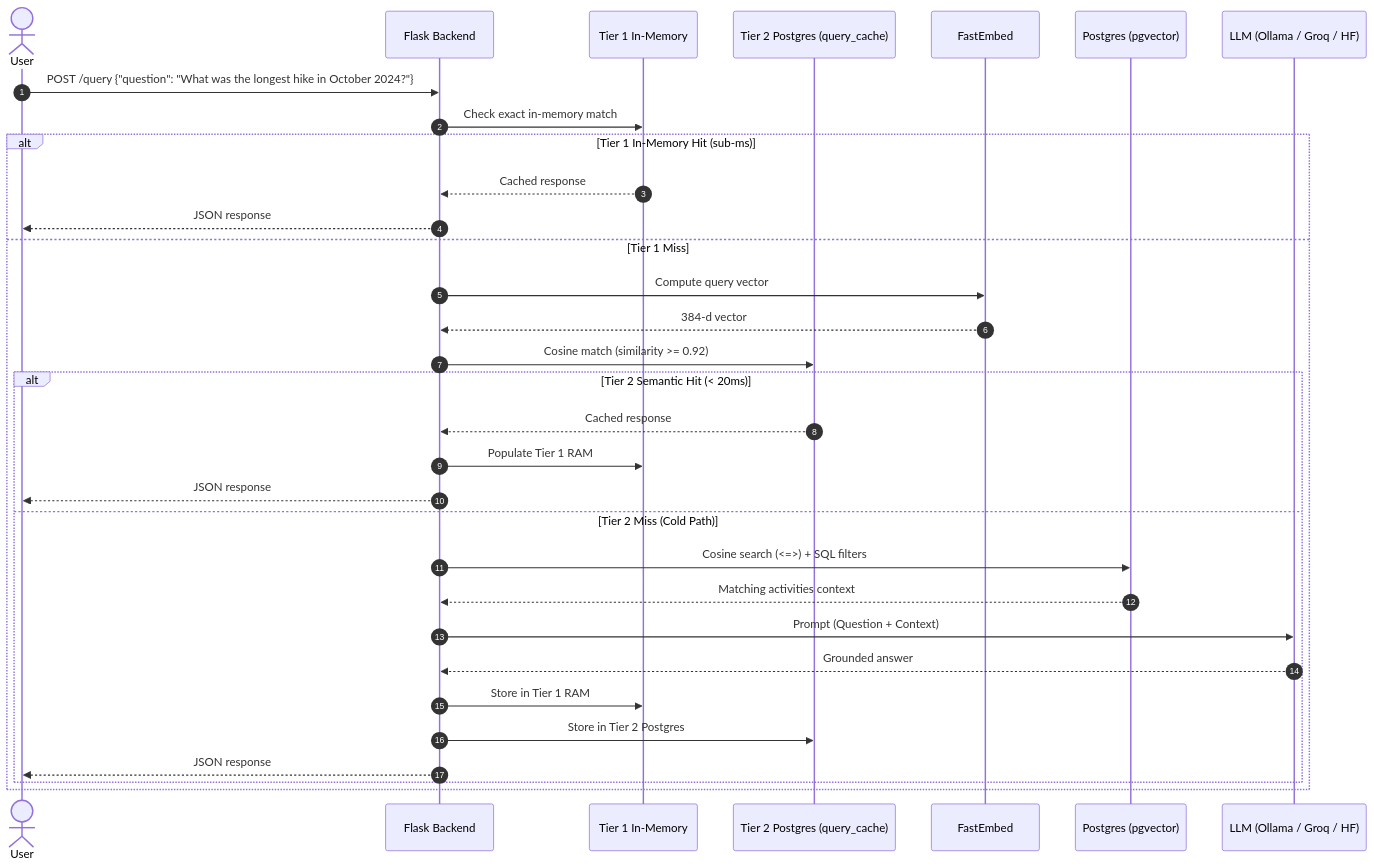
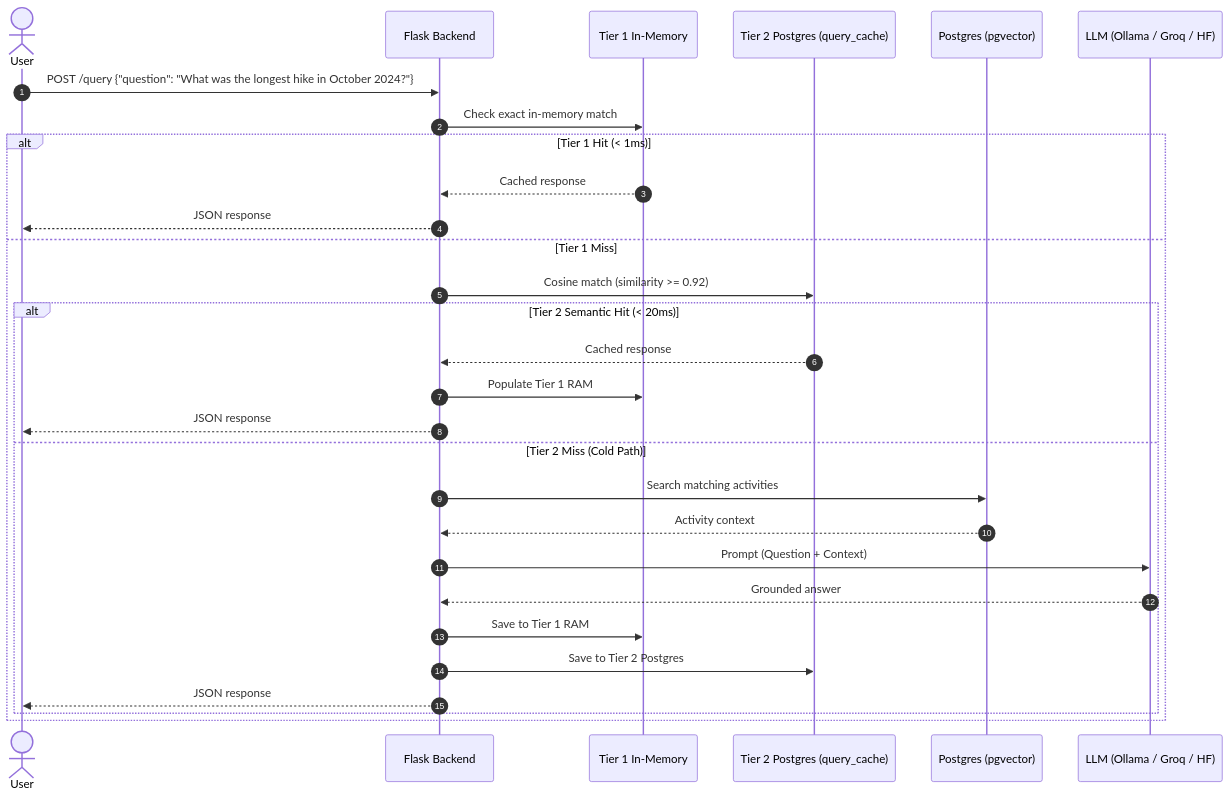
One commit to pugmarx/strava-insights-rag changed the second of 4 diagrams in readme.md. Above: the diagram before and after it, drawn with Mermaid. The commit also changed other lines of this file and 1 other file, not shown here.

Commit message:
docs: simplify and declutter architecture and cache invalidation diagrams

````diff
--- a/readme.md
+++ b/readme.md
@@ -56,35 +50,32 @@
 ```mermaid
 sequenceDiagram
     autonumber
     actor User
     participant API as Flask Backend
     participant Cache as Tier 1 In-Memory
     participant DBCache as Tier 2 Postgres (query_cache)
-    participant Embed as FastEmbed
     participant DB as Postgres (pgvector)
     participant LLM as LLM (Ollama / Groq / HF)
 
     User->>API: POST /query {"question": "What was the longest hike in October 2024?"}
     API->>Cache: Check exact in-memory match
-    alt Tier 1 In-Memory Hit (sub-ms)
+    alt Tier 1 Hit (< 1ms)
         Cache-->>API: Cached response
         API-->>User: JSON response
     else Tier 1 Miss
-        API->>Embed: Compute query vector
-        Embed-->>API: 384-d vector
         API->>DBCache: Cosine match (similarity >= 0.92)
         alt Tier 2 Semantic Hit (< 20ms)
             DBCache-->>API: Cached response
             API->>Cache: Populate Tier 1 RAM
             API-->>User: JSON response
         else Tier 2 Miss (Cold Path)
-            API->>DB: Cosine search (<=>) + SQL filters
-            DB-->>API: Matching activities context
+            API->>DB: Search matching activities
+            DB-->>API: Activity context
             API->>LLM: Prompt (Question + Context)
             LLM-->>API: Grounded answer
-            API->>Cache: Store in Tier 1 RAM
-            API->>DBCache: Store in Tier 2 Postgres
+            API->>Cache: Save to Tier 1 RAM
+            API->>DBCache: Save to Tier 2 Postgres
             API-->>User: JSON response
         end
     end
 ```
````
